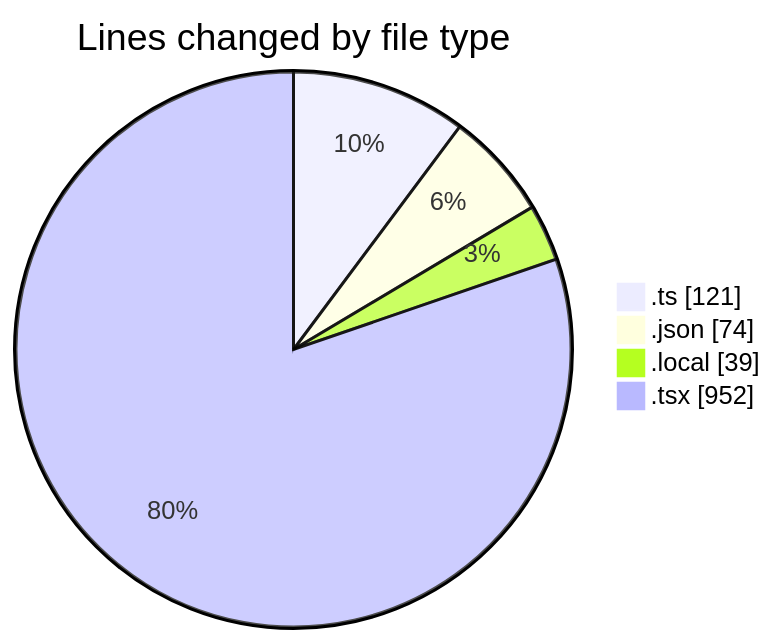
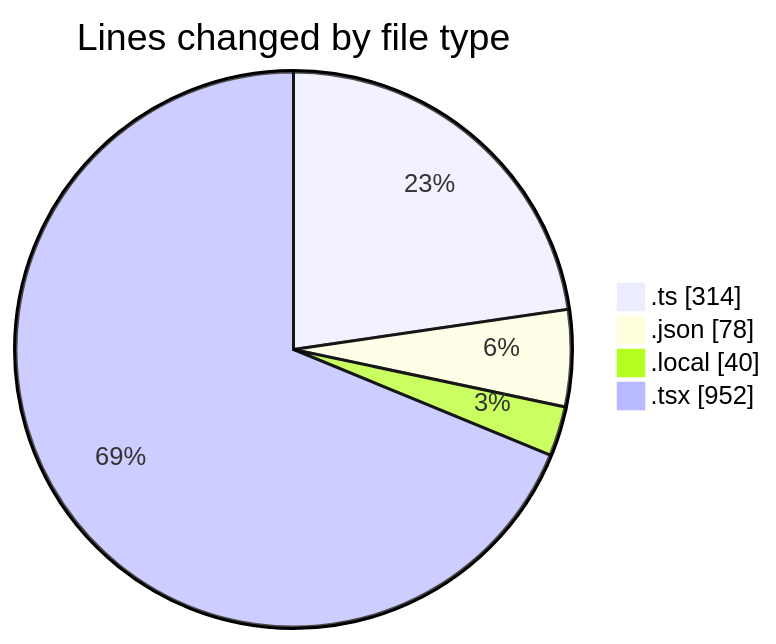
Before and after one commit to julien-gomy/code-tracking: the first of 2 diagrams in 2025-10-23/frontend-cms/README.md, drawn with Mermaid. The commit also changed other lines of this file and 1 other file, not shown here.

````diff
--- a/2025-10-23/frontend-cms/README.md
+++ b/2025-10-23/frontend-cms/README.md
@@ -25,8 +26,8 @@
 ```mermaid
 pie showData
 title Lines changed by file type
-".ts" : 121
-".json" : 74
-".local" : 39
+".ts" : 314
+".json" : 78
+".local" : 40
 ".tsx" : 952
 ```
````
